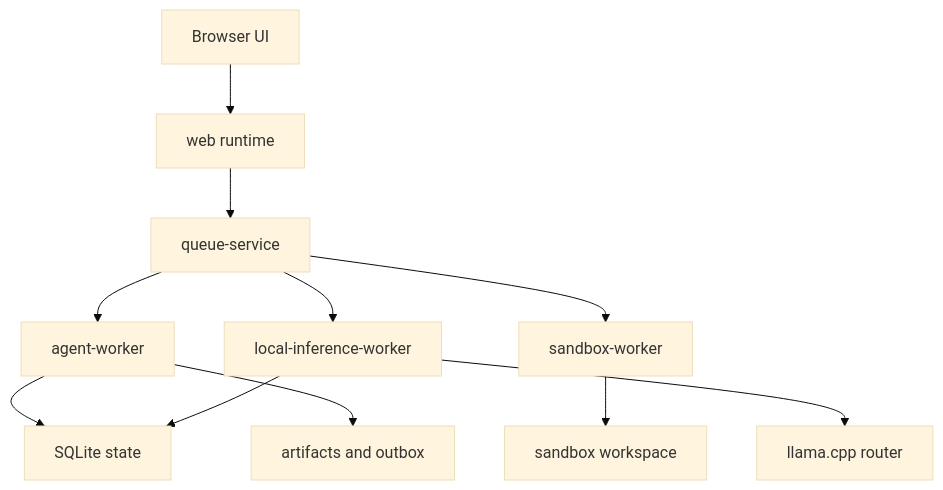
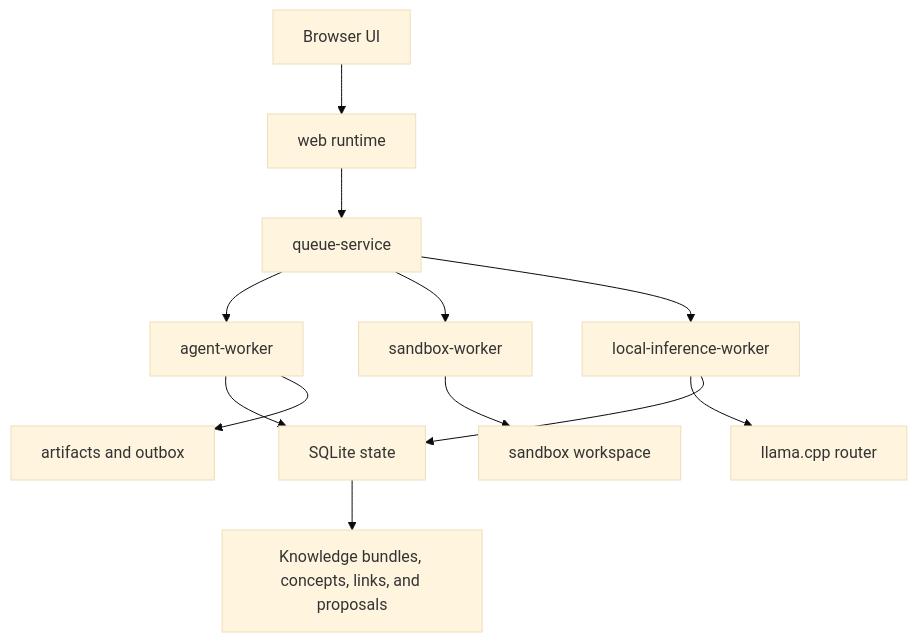
Before and after one commit to dosco/aithy: the third of 3 diagrams in README.md, drawn with Mermaid (base theme). The commit also changed other lines of this file and 53 other files, not shown here.

Commit message:
Add SQLite-backed Knowledge Library

````diff
--- a/README.md
+++ b/README.md
@@ -147,13 +152,14 @@
 ```mermaid
 flowchart TD
   Browser["Browser UI"] --> Web["web runtime"]
   Web --> Queue["queue-service"]
   Queue --> Agent["agent-worker"]
   Queue --> Sandbox["sandbox-worker"]
   Queue --> Local["local-inference-worker"]
   Agent --> SQLite["SQLite state"]
+  SQLite --> Knowledge["Knowledge bundles, concepts, links, and proposals"]
   Sandbox --> Workspace["sandbox workspace"]
   Local --> Llama["llama.cpp router"]
   Local --> SQLite
   Agent --> Artifacts["artifacts and outbox"]
 ```
````
